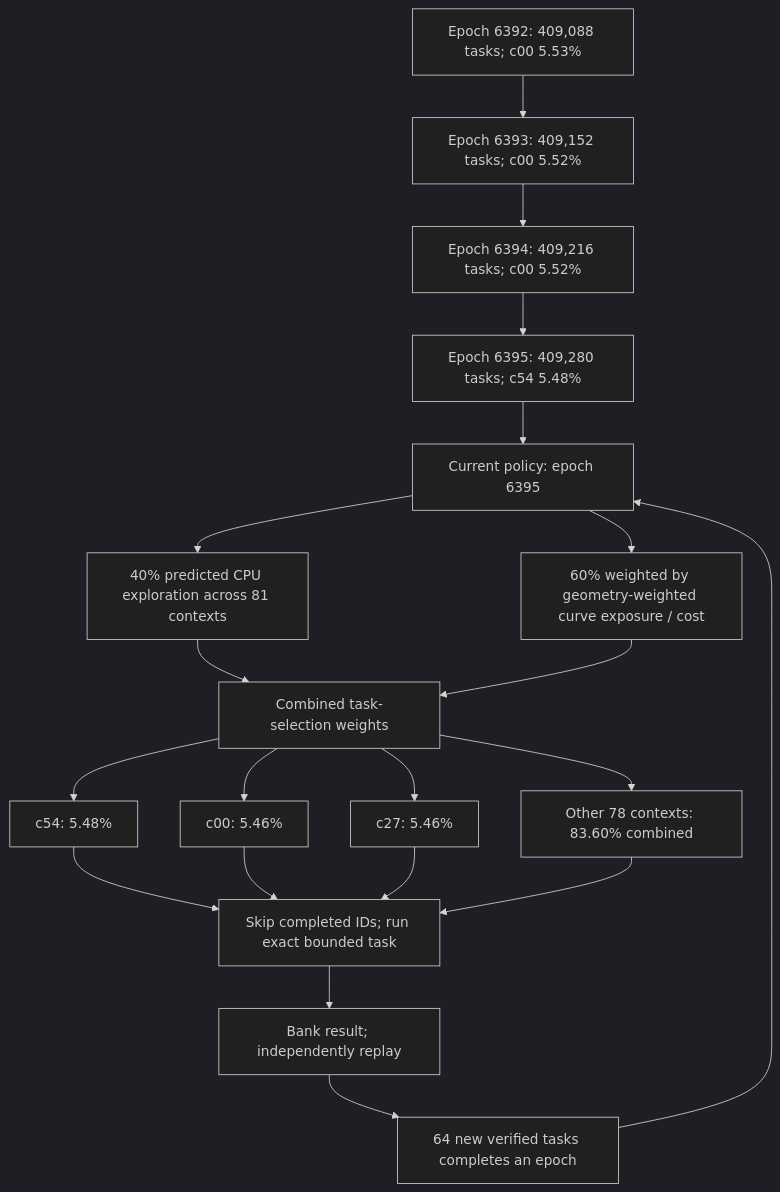
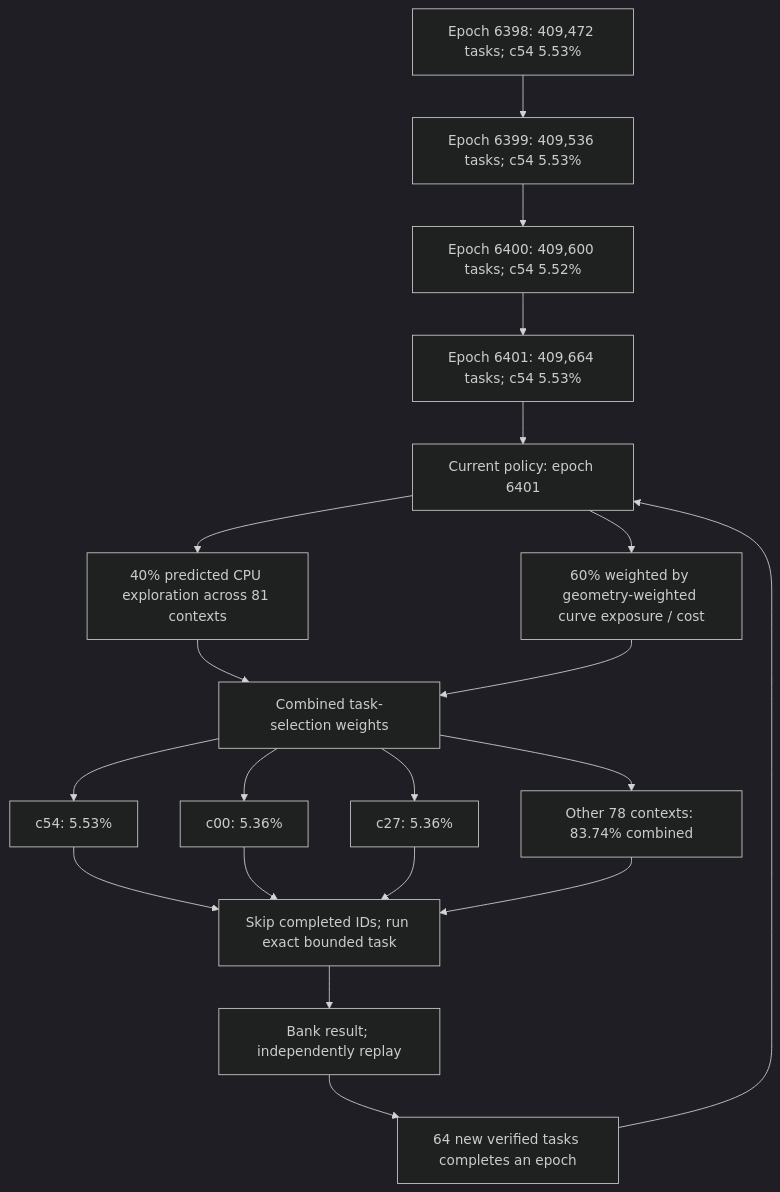
One commit to Kuberwastaken/math-gambling changed the first of 4 diagrams in README.md. Above: the diagram before and after it, drawn with Mermaid (dark theme). The commit also changed other lines of this file and 1388 other files, not shown here.

````diff
--- a/README.md
+++ b/README.md
@@ -60,27 +60,27 @@
 ```mermaid
 flowchart TD
-    H0["Epoch 6392: 409,088 tasks; c00 5.53%"]
-    H1["Epoch 6393: 409,152 tasks; c00 5.52%"]
+    H0["Epoch 6398: 409,472 tasks; c54 5.53%"]
+    H1["Epoch 6399: 409,536 tasks; c54 5.53%"]
     H0 --> H1
-    H2["Epoch 6394: 409,216 tasks; c00 5.52%"]
+    H2["Epoch 6400: 409,600 tasks; c54 5.52%"]
     H1 --> H2
-    H3["Epoch 6395: 409,280 tasks; c54 5.48%"]
+    H3["Epoch 6401: 409,664 tasks; c54 5.53%"]
     H2 --> H3
-    Policy["Current policy: epoch 6395"]
+    Policy["Current policy: epoch 6401"]
     H3 --> Policy
     Policy --> Explore["40% predicted CPU exploration across 81 contexts"]
     Policy --> Cost["60% weighted by geometry-weighted curve exposure / cost"]
     Explore --> Mix["Combined task-selection weights"]
     Cost --> Mix
-    Mix --> C0["c54: 5.48%"]
-    Mix --> C1["c00: 5.46%"]
-    Mix --> C2["c27: 5.46%"]
-    Mix --> Rest["Other 78 contexts: 83.60% combined"]
+    Mix --> C0["c54: 5.53%"]
+    Mix --> C1["c00: 5.36%"]
+    Mix --> C2["c27: 5.36%"]
+    Mix --> Rest["Other 78 contexts: 83.74% combined"]
     C0 --> Check["Skip completed IDs; run exact bounded task"]
     C1 --> Check
     C2 --> Check
     Rest --> Check
     Check --> Replay["Bank result; independently replay"]
     Replay --> Gate["64 new verified tasks completes an epoch"]
     Gate --> Policy
 ```
````
